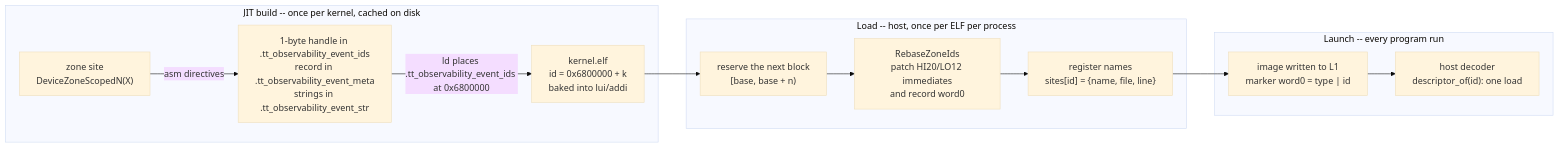
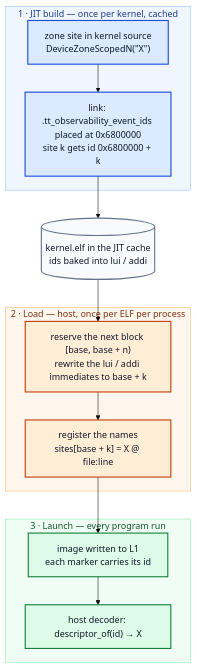
One commit to tenstorrent/tt-metal changed the first of 2 diagrams in tt_metal/tools/profiler/STREAMING_PROFILER_ZONE_IDS.md. Above: the diagram before and after it, drawn with Mermaid (base theme). The commit also changed other lines of this file, not shown here.

Commit message:
profiler: zone-id doc -- browser-sized diagrams, and why the id is lui + addi
The overview diagram was one wide left-to-right graph that GitHub scaled down to column width.
It is now top-to-bottom with short labels and one colour per stage (build / load / launch), so
it renders at natural size; a second, two-column diagram at the top of section 1 shows the four
places a zone site writes and which one reaches the device. New bullet: why the id costs two
instructions on RV32 (12-bit addi, 20-bit lui, no 16/32-bit immediate; the loader rewrites
immediates in place and cannot drop the lui; placing the section below 4 KiB would cap the
process at 2047 ids).

````diff
--- a/tt_metal/tools/profiler/STREAMING_PROFILER_ZONE_IDS.md
+++ b/tt_metal/tools/profiler/STREAMING_PROFILER_ZONE_IDS.md
@@ -12,16 +12,30 @@
 ```mermaid
-flowchart LR
-  subgraph build["JIT build -- once per kernel, cached on disk"]
-    A["zone site<br/>DeviceZoneScopedN(X)"] -->|asm directives| B["1-byte handle in .tt_observability_event_ids<br/>record in .tt_observability_event_meta<br/>strings in .tt_observability_event_str"]
-    B -->|"ld places .tt_observability_event_ids at 0x6800000"| C["kernel.elf<br/>id = 0x6800000 + k<br/>baked into lui/addi"]
+flowchart TB
+  classDef build fill:#DBEAFE,stroke:#1D4ED8,stroke-width:2px,color:#0F172A
+  classDef load  fill:#FFEDD5,stroke:#C2410C,stroke-width:2px,color:#0F172A
+  classDef run   fill:#DCFCE7,stroke:#15803D,stroke-width:2px,color:#0F172A
+  classDef file  fill:#F8FAFC,stroke:#64748B,stroke-width:2px,color:#0F172A
+
+  subgraph B[" 1 · JIT build — once per kernel, cached "]
+    S["zone site in kernel source<br/>DeviceZoneScopedN(&quot;X&quot;)"]:::build
+    L["link: .tt_observability_event_ids placed at 0x6800000<br/>site k gets id 0x6800000 + k"]:::build
+    S --> L
   end
-  subgraph load["Load -- host, once per ELF per process"]
-    C --> D["reserve the next block<br/>[base, base + n)"]
-    D --> E["RebaseZoneIds<br/>patch HI20/LO12 immediates<br/>and record word0"]
-    E --> F["register names<br/>sites[id] = {name, file, line}"]
+  E[("kernel.elf in the JIT cache<br/>ids baked into lui / addi")]:::file
+  subgraph LD[" 2 · Load — host, once per ELF per process "]
+    R["reserve the next block [base, base + n)<br/>rewrite the lui / addi immediates to base + k"]:::load
+    N["register the names<br/>sites[base + k] = X @ file:line"]:::load
+    R --> N
   end
-  subgraph run["Launch -- every program run"]
-    F --> G["image written to L1<br/>marker word0 = type | id"]
-    G --> H["host decoder<br/>descriptor_of(id): one load"]
+  subgraph RN[" 3 · Launch — every program run "]
+    D["image written to L1<br/>each marker carries its id"]:::run
+    H["host decoder: descriptor_of(id) → X"]:::run
+    D --> H
   end
+  L --> E --> R
+  N --> D
+
+  style B  fill:#EFF6FF,stroke:#93C5FD,color:#1E3A8A
+  style LD fill:#FFF7ED,stroke:#FDBA74,color:#7C2D12
+  style RN fill:#F0FDF4,stroke:#86EFAC,color:#14532D
 ```
````
